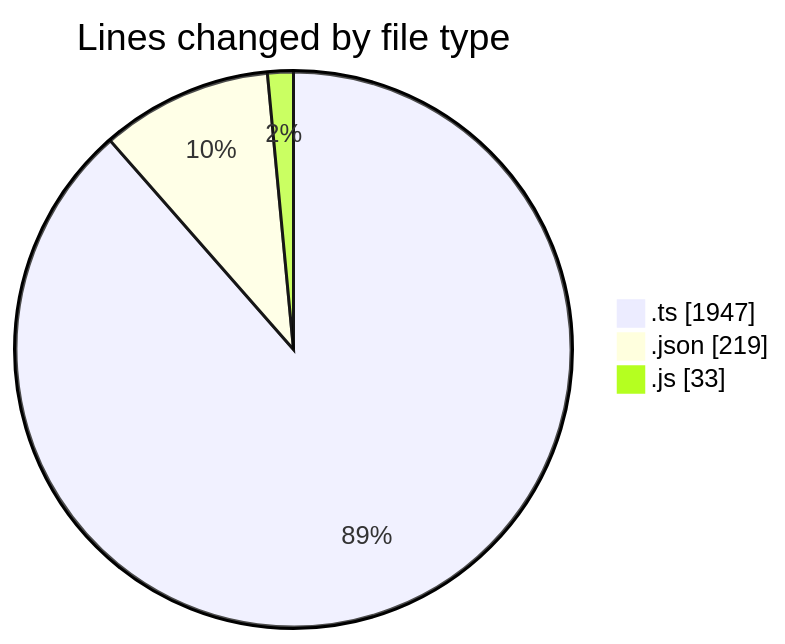
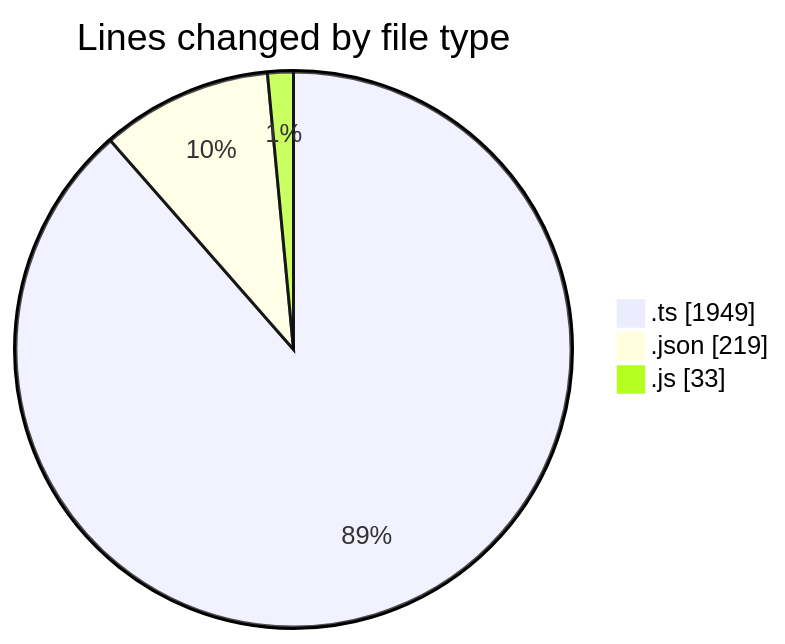
The first of 2 diagrams in 2026-05-28/cda/README.md (momahboobian/code-tracking), drawn with Mermaid before and after one commit. The commit also changed other lines of this file and 1 other file, not shown here.

````diff
--- a/2026-05-28/cda/README.md
+++ b/2026-05-28/cda/README.md
@@ -27,7 +27,7 @@
 ```mermaid
 pie showData
 title Lines changed by file type
-".ts" : 1947
+".ts" : 1949
 ".json" : 219
 ".js" : 33
 ```
````
